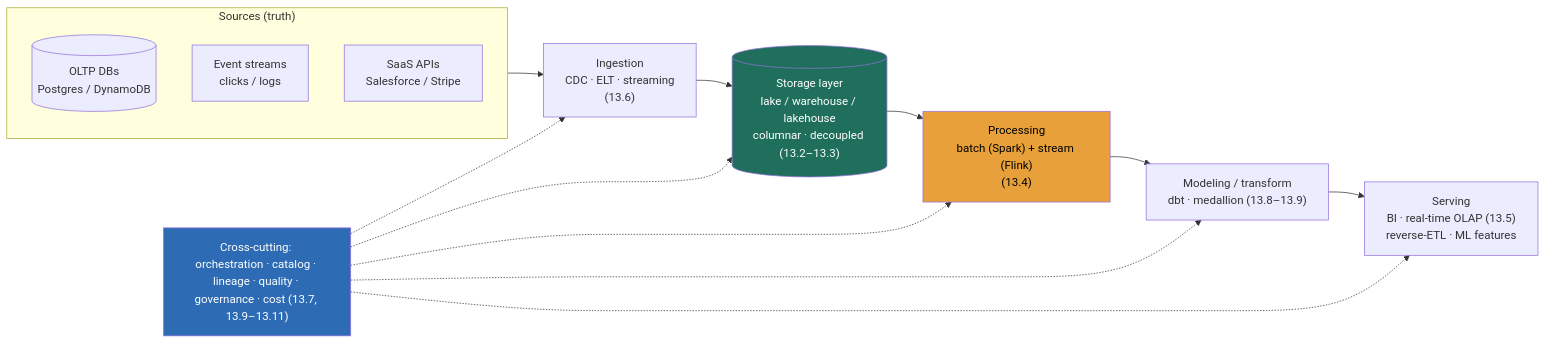
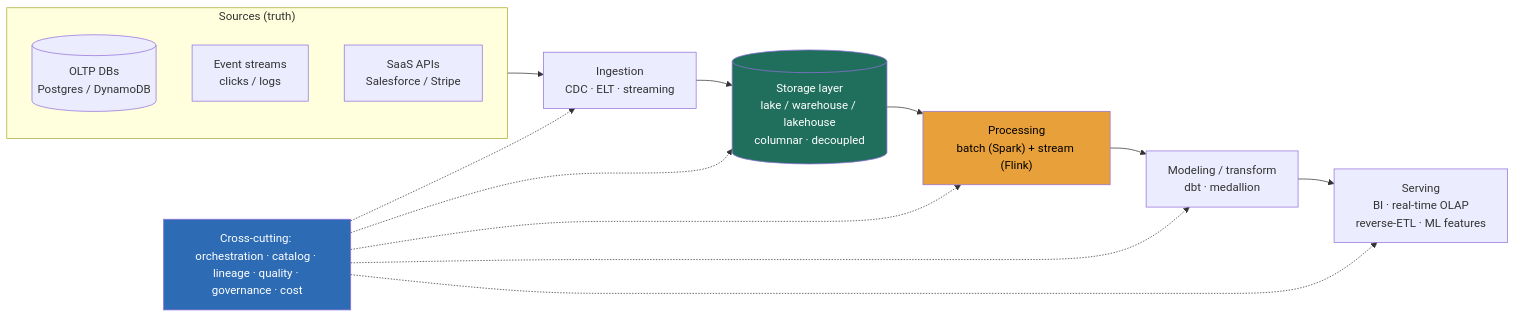
One commit to hkrathore/sysdesign-course changed the diagram in src/content/docs/module-13/lesson-13-1.md. Above: the diagram before and after it, drawn with Mermaid. The commit also changed other lines of this file and 146 other files, not shown here.

````diff
--- a/src/content/docs/module-13/lesson-13-1.md
+++ b/src/content/docs/module-13/lesson-13-1.md
@@ -67,22 +67,22 @@
 ```mermaid
 flowchart LR
     subgraph SRC["Sources (truth)"]
       OLTP[("OLTP DBs<br/>Postgres / DynamoDB")]
       EVT["Event streams<br/>clicks / logs"]
       SAAS["SaaS APIs<br/>Salesforce / Stripe"]
     end
-    SRC --> ING["Ingestion<br/>CDC · ELT · streaming<br/>(13.6)"]
-    ING --> STORE[("Storage layer<br/>lake / warehouse / lakehouse<br/>columnar · decoupled (13.2–13.3)")]
-    STORE --> PROC["Processing<br/>batch (Spark) + stream (Flink)<br/>(13.4)"]
-    PROC --> MODEL["Modeling / transform<br/>dbt · medallion (13.8–13.9)"]
-    MODEL --> SERVE["Serving<br/>BI · real-time OLAP (13.5)<br/>reverse-ETL · ML features"]
-    GOV["Cross-cutting: orchestration · catalog · lineage · quality · governance · cost (13.7, 13.9–13.11)"]
+    SRC --> ING["Ingestion<br/>CDC · ELT · streaming"]
+    ING --> STORE[("Storage layer<br/>lake / warehouse / lakehouse<br/>columnar · decoupled")]
+    STORE --> PROC["Processing<br/>batch (Spark) + stream (Flink)"]
+    PROC --> MODEL["Modeling / transform<br/>dbt · medallion"]
+    MODEL --> SERVE["Serving<br/>BI · real-time OLAP<br/>reverse-ETL · ML features"]
+    GOV["Cross-cutting: orchestration · catalog · lineage · quality · governance · cost"]
     GOV -.-> ING
     GOV -.-> STORE
     GOV -.-> PROC
     GOV -.-> MODEL
     GOV -.-> SERVE
     style STORE fill:#1f6f5c,color:#fff
     style PROC fill:#e8a13a,color:#000
     style GOV fill:#2d6cb5,color:#fff
 ```
````
